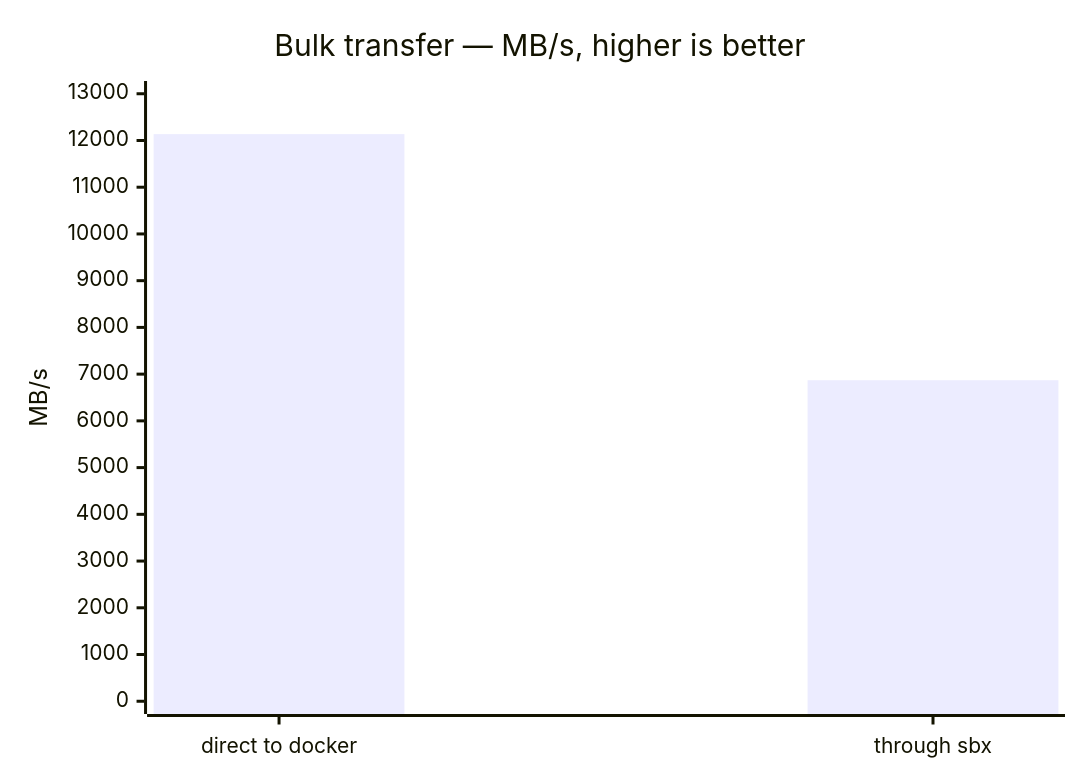
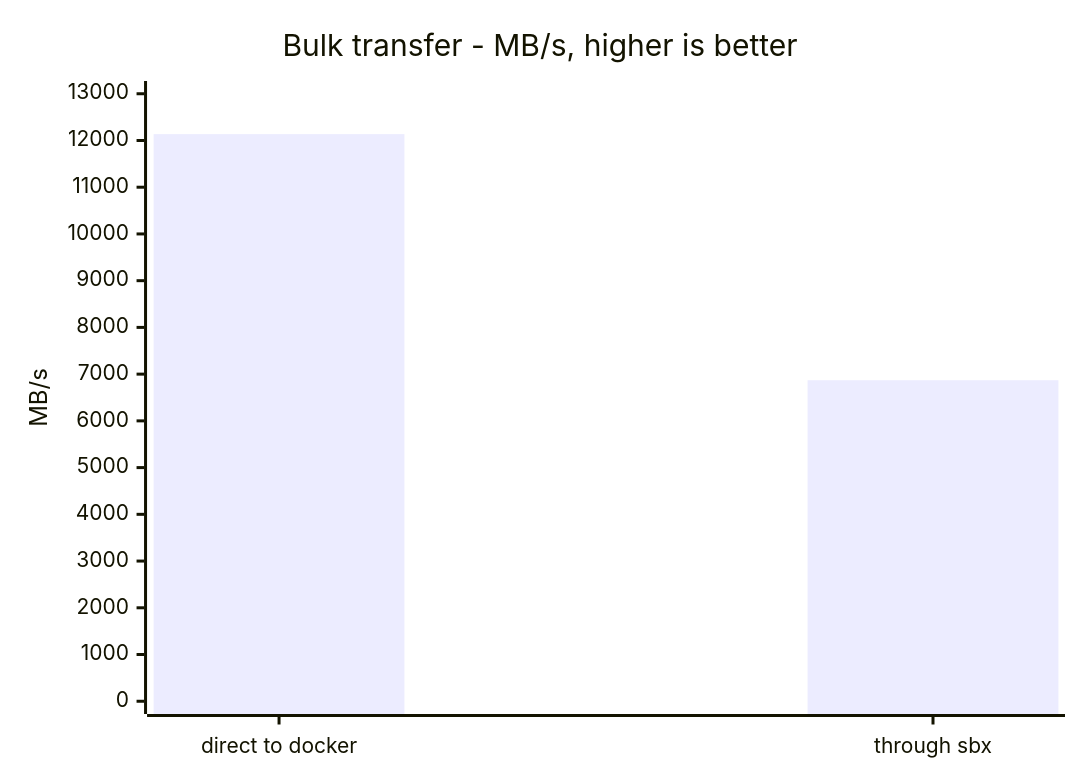
Before and after one commit to aryanmehrotra/sbx: the third of 4 diagrams in README.md, drawn with Mermaid. The commit also changed other lines of this file and 102 other files, not shown here.

````diff
--- a/README.md
+++ b/README.md
@@ -263,7 +263,7 @@
 ```mermaid
 xychart-beta
-    title "Bulk transfer — MB/s, higher is better"
+    title "Bulk transfer - MB/s, higher is better"
     x-axis ["direct to docker", "through sbx"]
     y-axis "MB/s" 0 --> 13000
     bar [12136, 6870]
 ```
````
